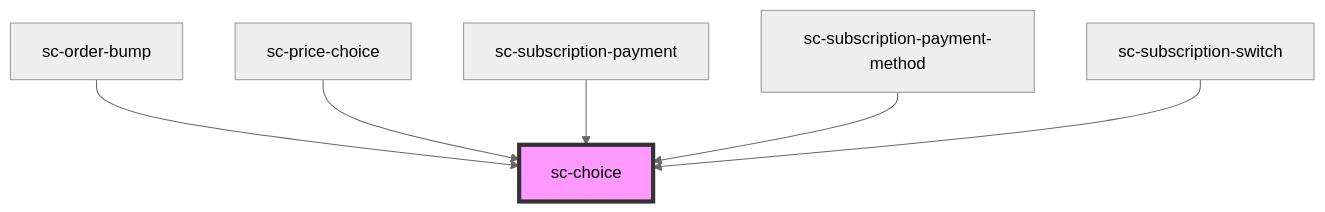
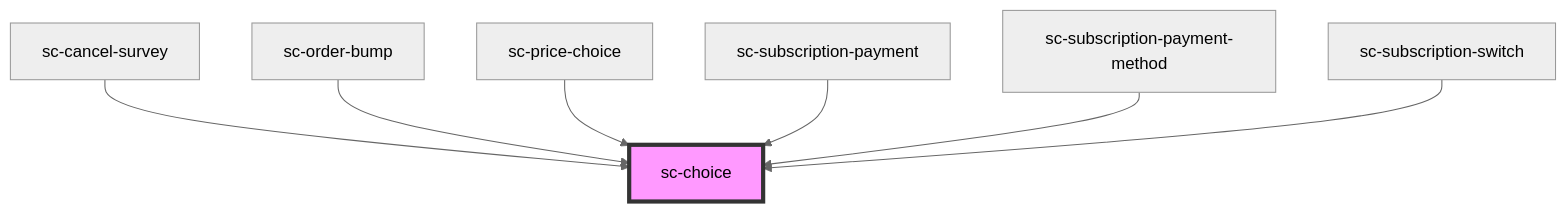
Before and after one commit to surecart/surecart-wp-plugin: the diagram in packages/components/src/components/ui/choice/readme.md, drawn with Mermaid (neutral theme). The commit also changed other lines of this file and 44 other files, not shown here.

````diff
--- a/packages/components/src/components/ui/choice/readme.md
+++ b/packages/components/src/components/ui/choice/readme.md
@@ -101,9 +102,10 @@
 ```mermaid
 graph TD;
+  sc-cancel-survey --> sc-choice
   sc-order-bump --> sc-choice
   sc-price-choice --> sc-choice
   sc-subscription-payment --> sc-choice
   sc-subscription-payment-method --> sc-choice
   sc-subscription-switch --> sc-choice
   style sc-choice fill:#f9f,stroke:#333,stroke-width:4px
 ```
````
